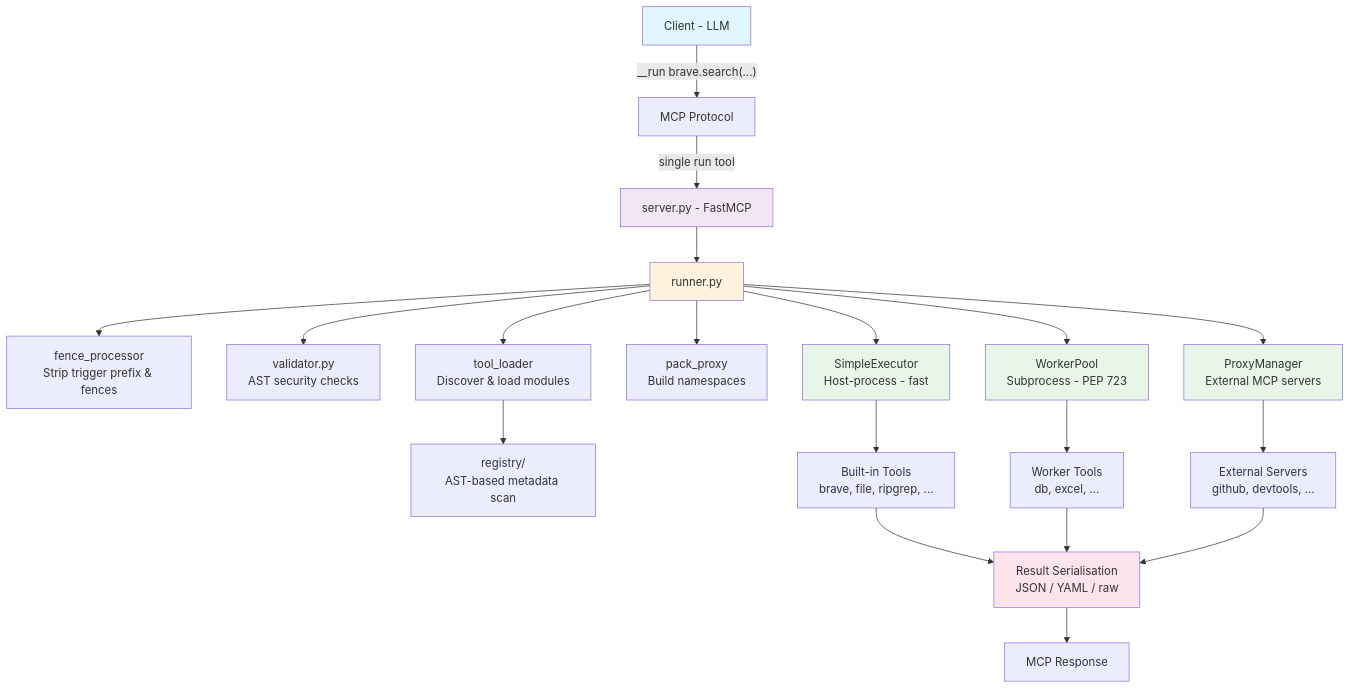
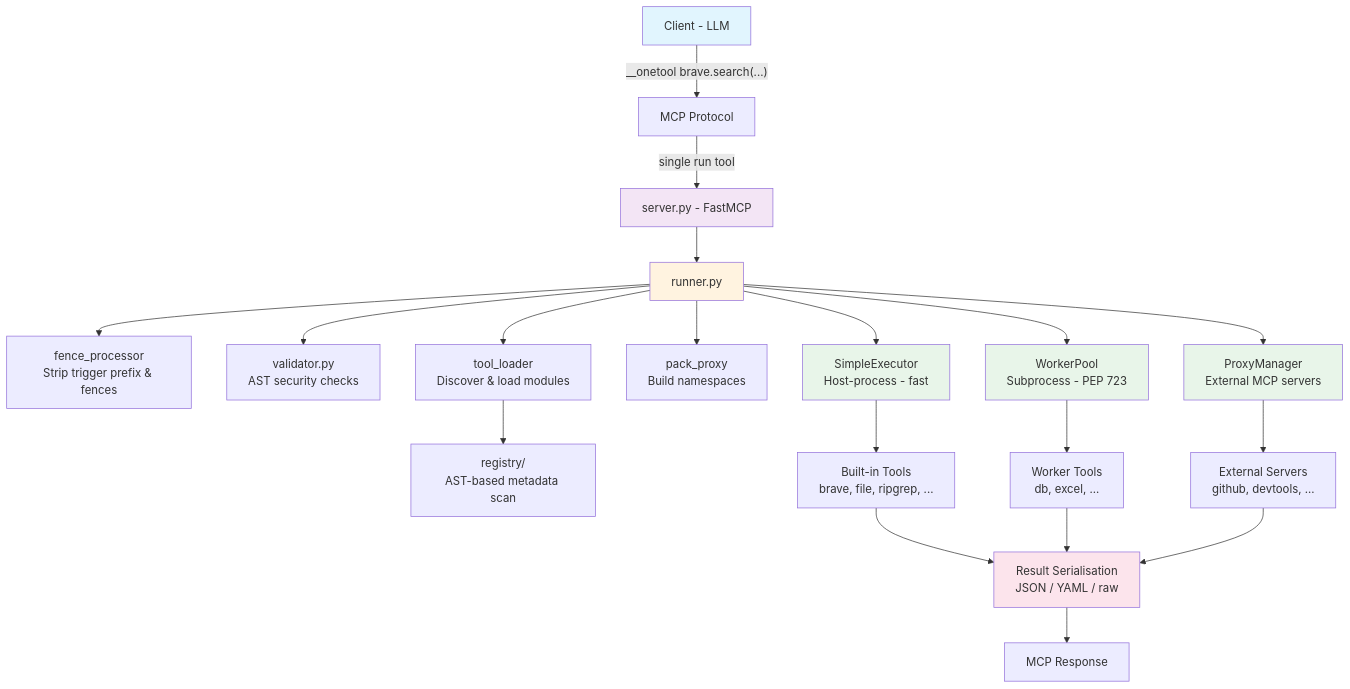
One commit to beycom/onetool-mcp changed the diagram in dev/project/arch/index.md. Above: the diagram before and after it, drawn with Mermaid. The commit also changed other lines of this file and 24 other files, not shown here.

````diff
--- a/dev/project/arch/index.md
+++ b/dev/project/arch/index.md
@@ -13,36 +13,36 @@
 ```mermaid
 graph TD
-    C[Client - LLM] -->|"__run brave.search(...)"| M[MCP Protocol]
+    C[Client - LLM] -->|"__onetool brave.search(...)"| M[MCP Protocol]
     M -->|"single run tool"| S[server.py - FastMCP]
 
     S --> R[runner.py]
 
     R --> FP[fence_processor<br/>Strip trigger prefix & fences]
     R --> VA[validator.py<br/>AST security checks]
     R --> TL[tool_loader<br/>Discover & load modules]
     R --> PP[pack_proxy<br/>Build namespaces]
 
     TL --> REG[registry/<br/>AST-based metadata scan]
 
     R --> SE[SimpleExecutor<br/>Host-process - fast]
     R --> WP[WorkerPool<br/>Subprocess - PEP 723]
     R --> PM[ProxyManager<br/>External MCP servers]
 
     SE --> BT[Built-in Tools<br/>brave, file, ripgrep, ...]
     WP --> WT[Worker Tools<br/>db, excel, ...]
     PM --> ET[External Servers<br/>github, devtools, ...]
 
     BT --> SER[Result Serialisation<br/>JSON / YAML / raw]
     WT --> SER
     ET --> SER
 
     SER --> RESP[MCP Response]
 
     style C fill:#e1f5fe
     style S fill:#f3e5f5
     style R fill:#fff3e0
     style SE fill:#e8f5e9
     style WP fill:#e8f5e9
     style PM fill:#e8f5e9
     style SER fill:#fce4ec
 ```
````
